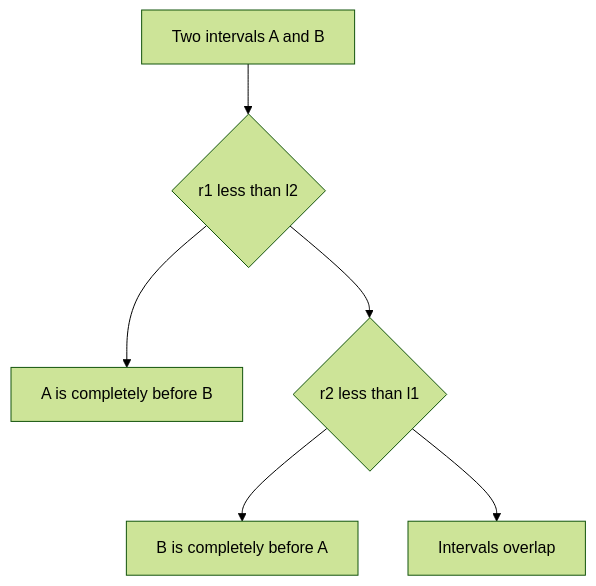
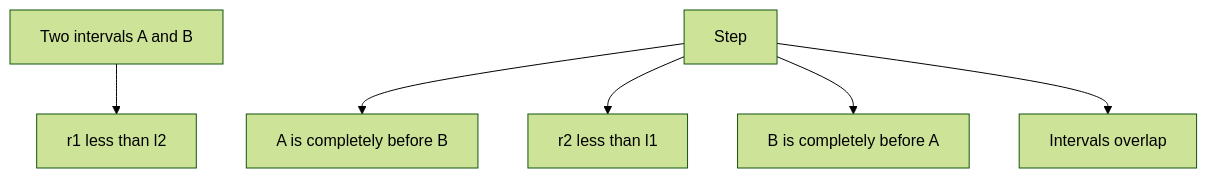
Diagram 16 of 35 in CP_DSA_NOTES/001_TOPIC_WISE/001_STL_RANGE_QUERY_SWEEPLINE.md (mthaiseer/springcloud-systemdesign-notes), drawn with Mermaid (forest theme) before and after one commit. The commit also changed other lines of this file and 1 other file, not shown here.

````diff
--- a/CP_DSA_NOTES/001_TOPIC_WISE/001_STL_RANGE_QUERY_SWEEPLINE.md
+++ b/CP_DSA_NOTES/001_TOPIC_WISE/001_STL_RANGE_QUERY_SWEEPLINE.md
@@ -1112,8 +1112,8 @@
 ```mermaid
 flowchart TD
-    A["Two intervals A and B"] --> B{"r1 less than l2"}
-    B --> C["A is completely before B"]
-    B --> D{"r2 less than l1"}
-    D --> E["B is completely before A"]
-    D --> F["Intervals overlap"]
+    N1["Two intervals A and B"] --> N2["r1 less than l2"]
+    N3["Step"] --> N4["A is completely before B"]
+    N3["Step"] --> N5["r2 less than l1"]
+    N3["Step"] --> N6["B is completely before A"]
+    N3["Step"] --> N7["Intervals overlap"]
 ```
````
